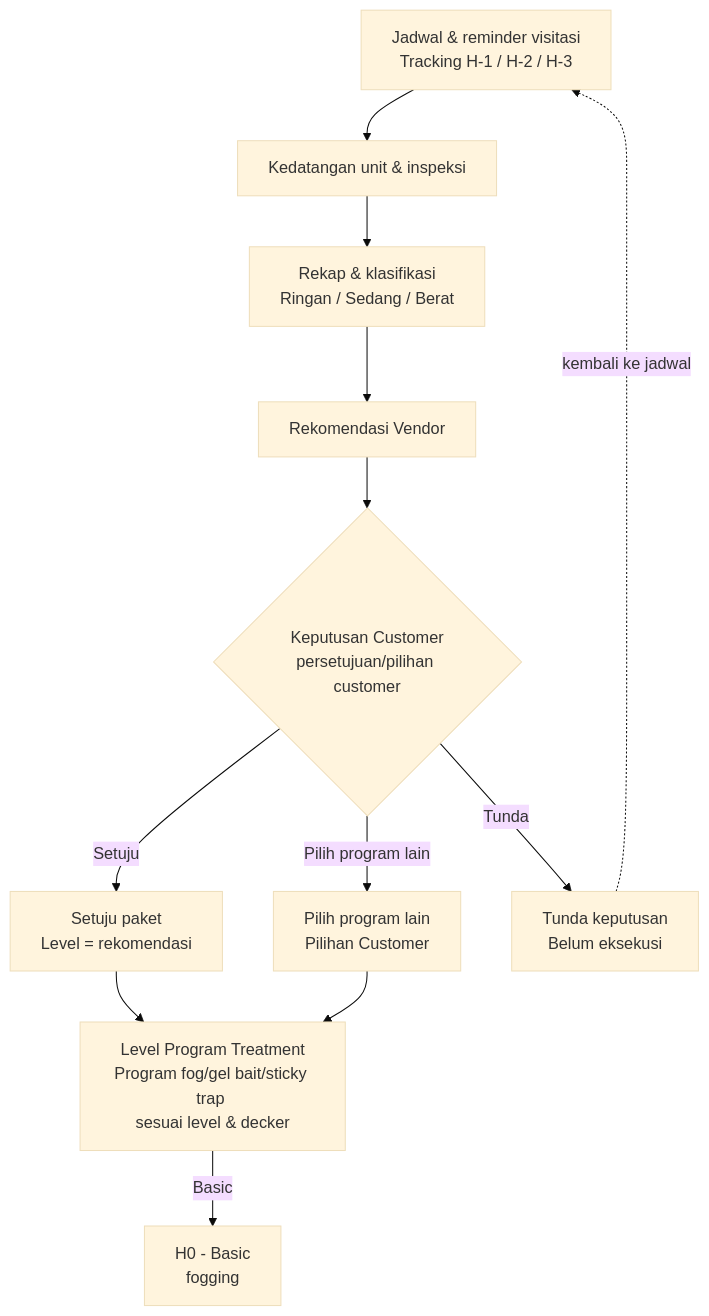
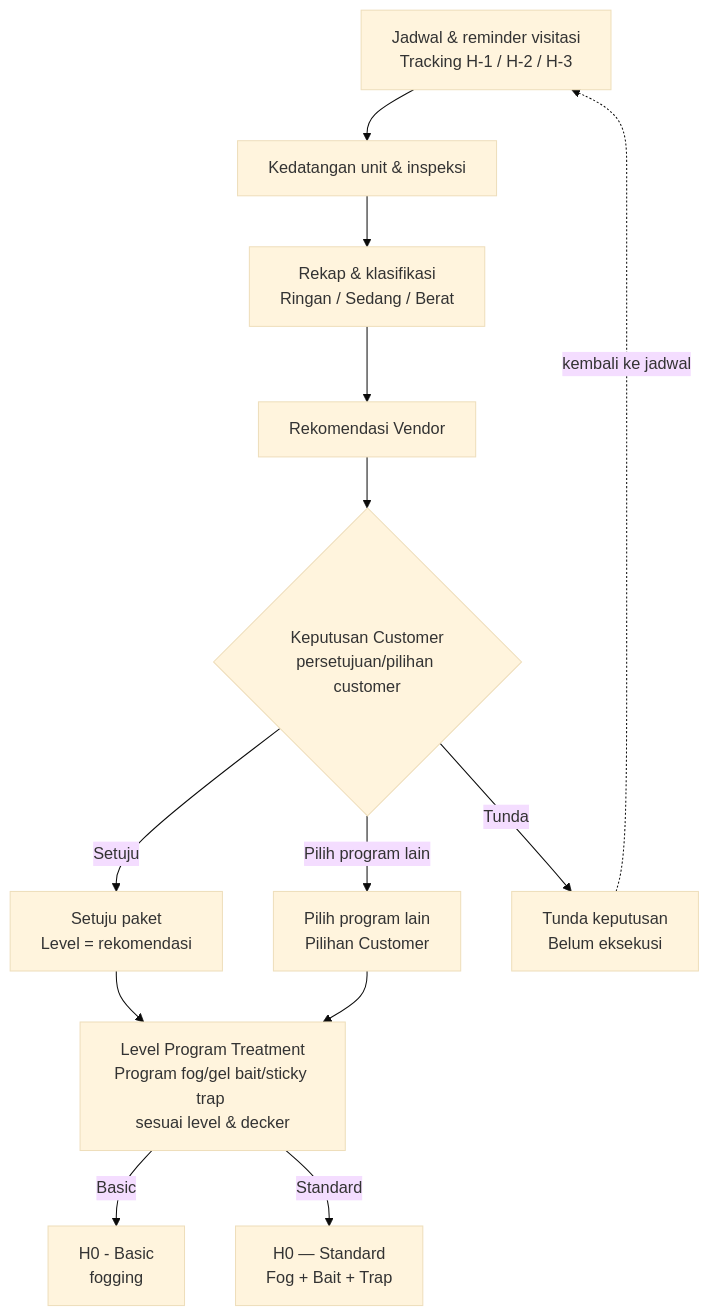
The first of 2 diagrams in README.md (Vanialive/WorkflowBugHunter), drawn with Mermaid (base theme) before and after one commit.

````diff
--- a/README.md
+++ b/README.md
@@ -8,15 +8,16 @@
 ```mermaid
 flowchart TD
     A["Jadwal & reminder visitasi<br/>Tracking H-1 / H-2 / H-3"] --> B["Kedatangan unit & inspeksi"]
     B --> C["Rekap & klasifikasi<br/>Ringan / Sedang / Berat"]
     C --> D["Rekomendasi Vendor"]
     D --> E{"Keputusan Customer<br>persetujuan/pilihan customer"}
     E -->|Setuju| F["Setuju paket<br/>Level = rekomendasi"]
     E -->|Pilih program lain| G["Pilih program lain<br/>Pilihan Customer"]
     E -->|Tunda| H["Tunda keputusan<br/>Belum eksekusi"]
     H -.kembali ke jadwal.-> A
     F --> I["Level Program Treatment<br/>Program fog/gel bait/sticky trap <br>sesuai level & decker"]
     G --> I
     I --> |Basic| J1["H0 - Basic<br/> fogging"]
+    I --> |Standard| J2["H0 — Standard<br/>Fog + Bait + Trap"]
 
 ```
````
